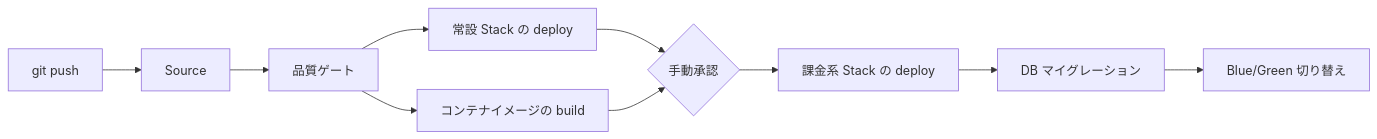
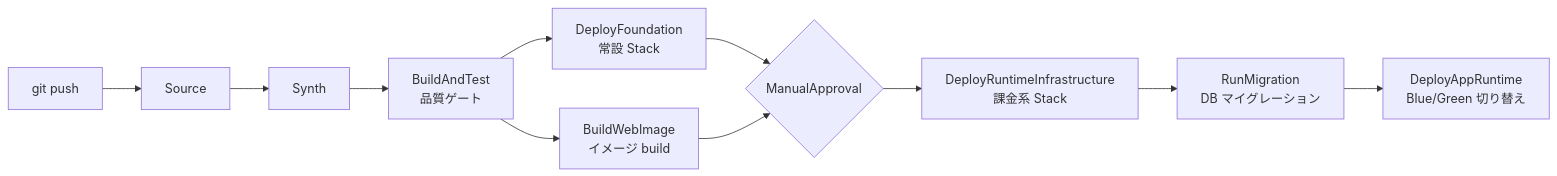
One commit to kyiwanami/zenn-docs changed the first of 6 diagrams in articles/aws-cdk-pipelines-cicd.md. Above: the diagram before and after it, drawn with Mermaid. The commit also changed other lines of this file, not shown here.

````diff
--- a/articles/aws-cdk-pipelines-cicd.md
+++ b/articles/aws-cdk-pipelines-cicd.md
@@ -47,12 +50,13 @@
 ```mermaid
 flowchart LR
     A[git push] --> B[Source]
-    B --> C[品質ゲート]
-    C --> D[常設 Stack の deploy]
-    C --> E[コンテナイメージの build]
-    D --> F{手動承認}
-    E --> F
-    F --> G[課金系 Stack の deploy]
-    G --> H[DB マイグレーション]
-    H --> I[Blue/Green 切り替え]
+    B --> C[Synth]
+    C --> D[BuildAndTest<br>品質ゲート]
+    D --> E[DeployFoundation<br>常設 Stack]
+    D --> F[BuildWebImage<br>イメージ build]
+    E --> G{ManualApproval}
+    F --> G
+    G --> H[DeployRuntimeInfrastructure<br>課金系 Stack]
+    H --> I[RunMigration<br>DB マイグレーション]
+    I --> J[DeployAppRuntime<br>Blue/Green 切り替え]
 ```
````
